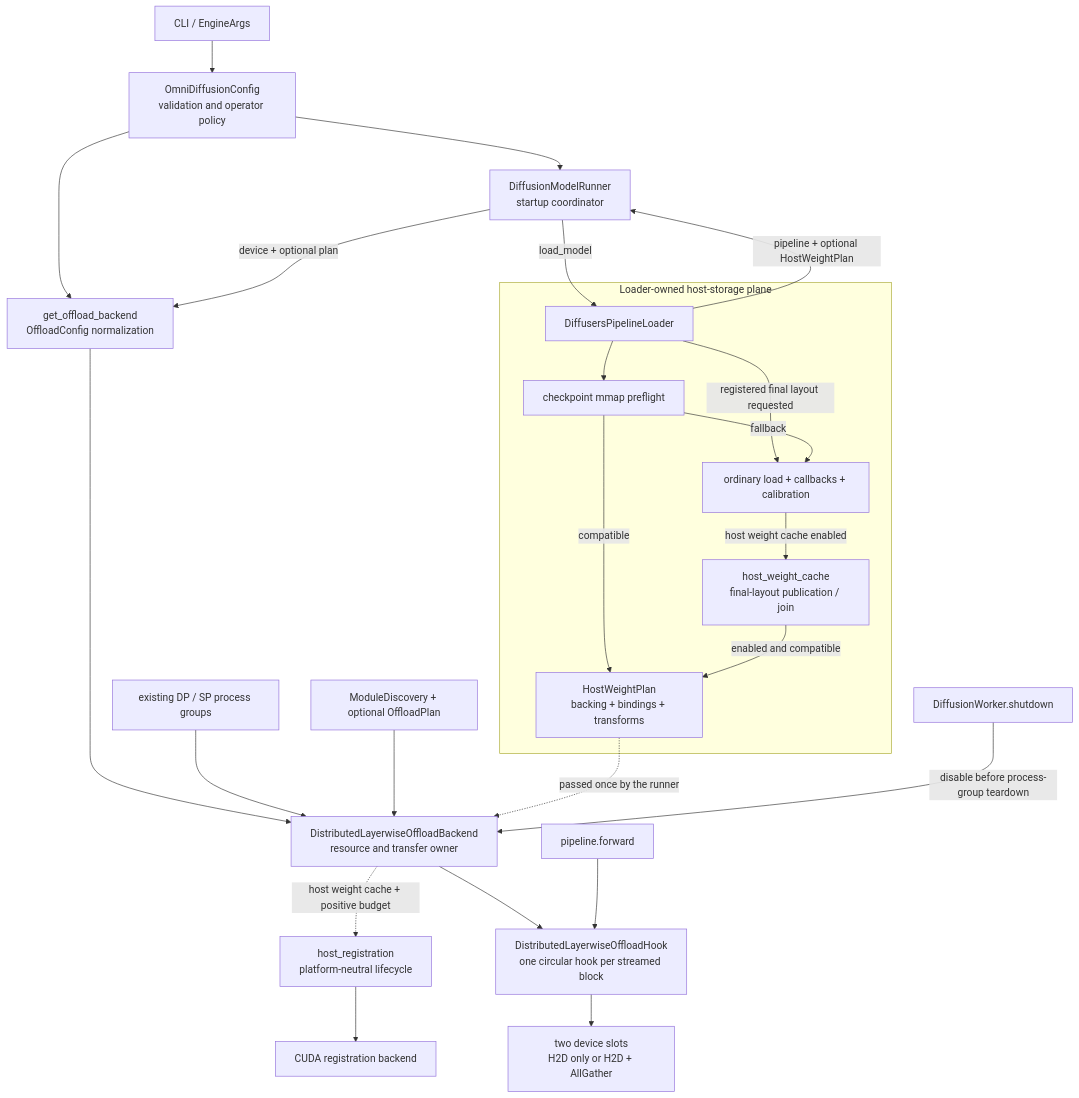
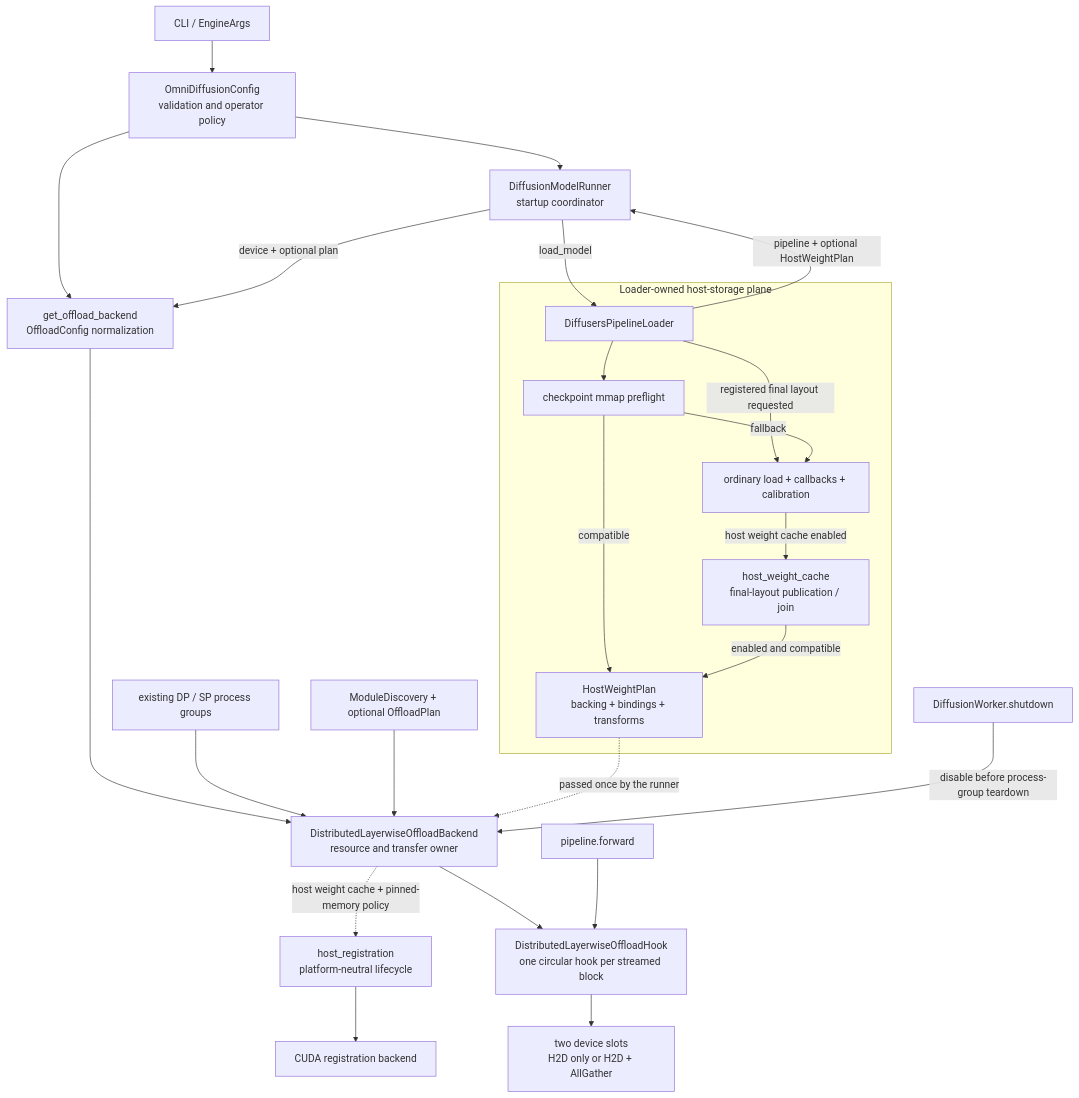
The first of 4 diagrams in docs/design/feature/offloader/distributed_layerwise_offload.md (Asthenia0412/vllm-omni), drawn with Mermaid before and after one commit. The commit also changed other lines of this file and 13 other files, not shown here.

Commit message:
[Diffusion] Prefer host-cache registration when pinned

````diff
--- a/docs/design/feature/offloader/distributed_layerwise_offload.md
+++ b/docs/design/feature/offloader/distributed_layerwise_offload.md
@@ -81,37 +82,37 @@
 ```mermaid
 flowchart TB
     CLI["CLI / EngineArgs"] --> Config["OmniDiffusionConfig<br/>validation and operator policy"]
     Config --> Runner["DiffusionModelRunner<br/>startup coordinator"]
 
     subgraph LoaderPlane["Loader-owned host-storage plane"]
         Loader["DiffusersPipelineLoader"]
         Checkpoint["checkpoint mmap preflight"]
         Ordinary["ordinary load + callbacks + calibration"]
         HostWeightCache["host_weight_cache<br/>final-layout publication / join"]
         Contract["HostWeightPlan<br/>backing + bindings + transforms"]
         Loader --> Checkpoint
         Loader -->|"registered final layout requested"| Ordinary
         Checkpoint -->|"compatible"| Contract
         Checkpoint -->|"fallback"| Ordinary
         Ordinary -->|"host weight cache enabled"| HostWeightCache
         HostWeightCache -->|"enabled and compatible"| Contract
     end
 
     Runner -->|"load_model"| Loader
     Loader -->|"pipeline + optional HostWeightPlan"| Runner
 
     Config --> Factory["get_offload_backend<br/>OffloadConfig normalization"]
     Runner -->|"device + optional plan"| Factory
     Factory --> Backend["DistributedLayerwiseOffloadBackend<br/>resource and transfer owner"]
     Topology["existing DP / SP process groups"] --> Backend
     Discovery["ModuleDiscovery + optional OffloadPlan"] --> Backend
     Contract -.->|"passed once by the runner"| Backend
 
-    Backend -.->|"host weight cache + positive budget"| Registration["host_registration<br/>platform-neutral lifecycle"]
+    Backend -.->|"host weight cache + pinned-memory policy"| Registration["host_registration<br/>platform-neutral lifecycle"]
     Registration --> CUDA["CUDA registration backend"]
     Backend --> Hooks["DistributedLayerwiseOffloadHook<br/>one circular hook per streamed block"]
     Forward["pipeline.forward"] --> Hooks
     Hooks --> DataPath["two device slots<br/>H2D only or H2D + AllGather"]
 
     Shutdown["DiffusionWorker.shutdown"] -->|"disable before process-group teardown"| Backend
 ```
````
